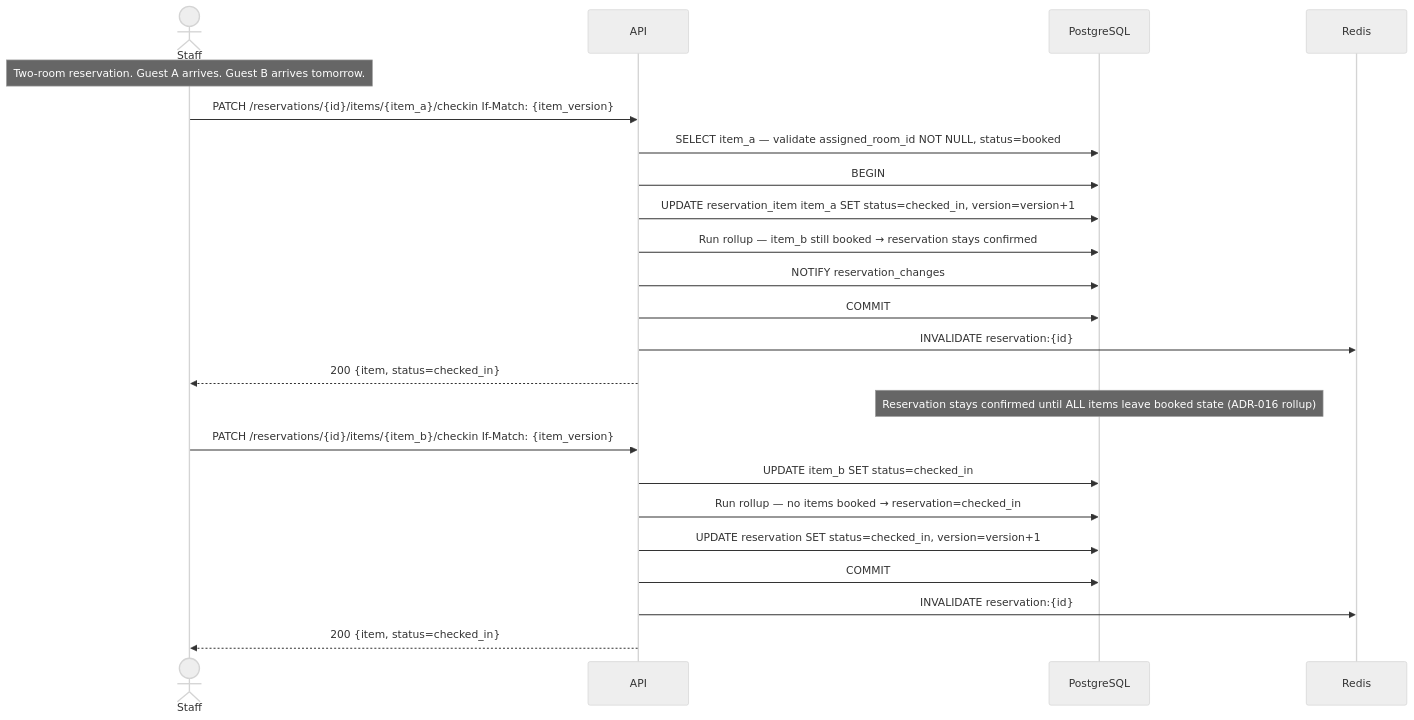
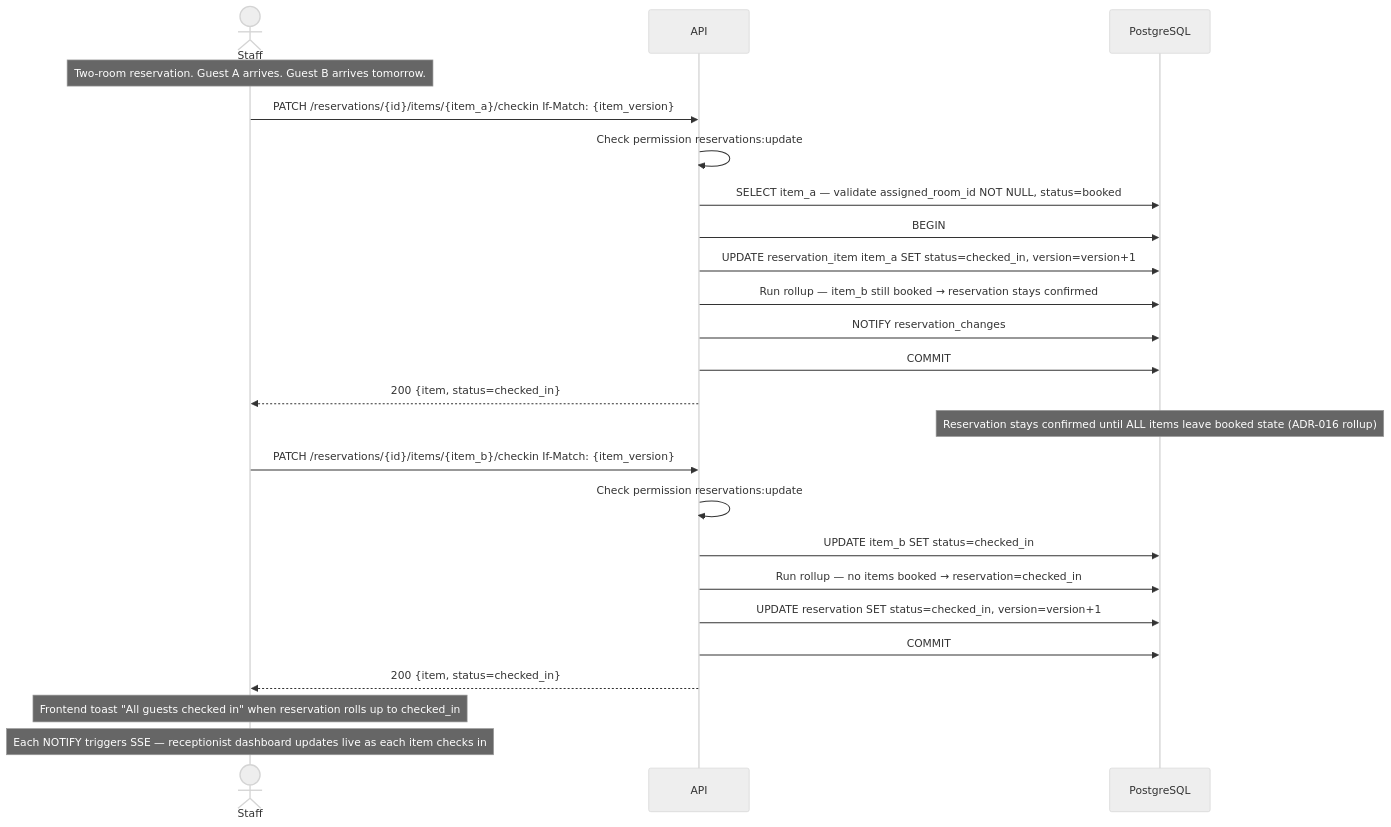
Diagram 16 of 33 in docs/flows/reservations.md (mallytj/yop-pms), drawn with Mermaid (neutral theme) before and after one commit. The commit also changed other lines of this file, not shown here.

Commit message:
docs(reservations): update the flows post review

````diff
--- a/docs/flows/reservations.md
+++ b/docs/flows/reservations.md
@@ -658,29 +795,30 @@
 ```mermaid
 sequenceDiagram
     actor Staff
     participant API
     participant DB as PostgreSQL
-    participant Redis
 
     Note over Staff: Two-room reservation. Guest A arrives. Guest B arrives tomorrow.
 
     Staff->>API: PATCH /reservations/{id}/items/{item_a}/checkin If-Match: {item_version}
+    API->>API: Check permission reservations:update
     API->>DB: SELECT item_a — validate assigned_room_id NOT NULL, status=booked
     API->>DB: BEGIN
     API->>DB: UPDATE reservation_item item_a SET status=checked_in, version=version+1
     API->>DB: Run rollup — item_b still booked → reservation stays confirmed
     API->>DB: NOTIFY reservation_changes
     API->>DB: COMMIT
-    API->>Redis: INVALIDATE reservation:{id}
     API-->>Staff: 200 {item, status=checked_in}
 
     Note over DB: Reservation stays confirmed until ALL items leave booked state (ADR-016 rollup)
 
     Staff->>API: PATCH /reservations/{id}/items/{item_b}/checkin If-Match: {item_version}
+    API->>API: Check permission reservations:update
     API->>DB: UPDATE item_b SET status=checked_in
     API->>DB: Run rollup — no items booked → reservation=checked_in
     API->>DB: UPDATE reservation SET status=checked_in, version=version+1
     API->>DB: COMMIT
-    API->>Redis: INVALIDATE reservation:{id}
     API-->>Staff: 200 {item, status=checked_in}
+    Note over Staff: Frontend toast "All guests checked in" when reservation rolls up to checked_in
+    Note over Staff: Each NOTIFY triggers SSE — receptionist dashboard updates live as each item checks in
 ```
````
